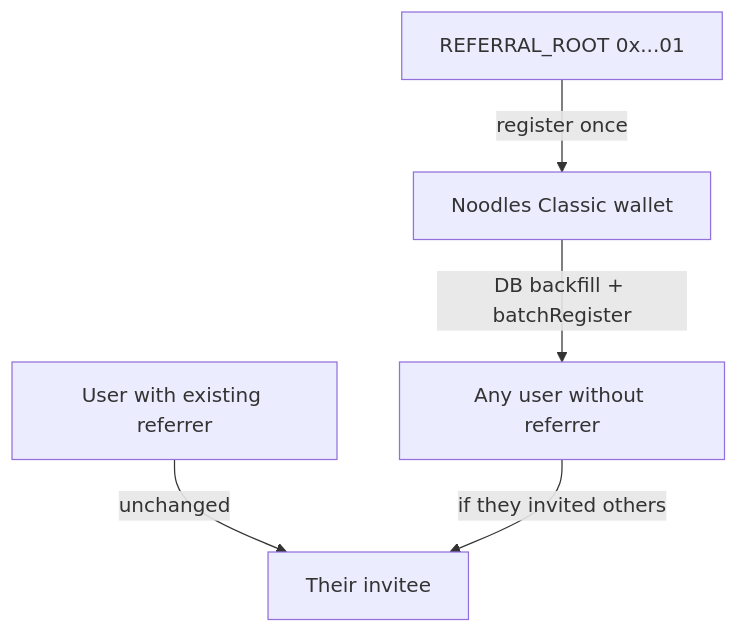
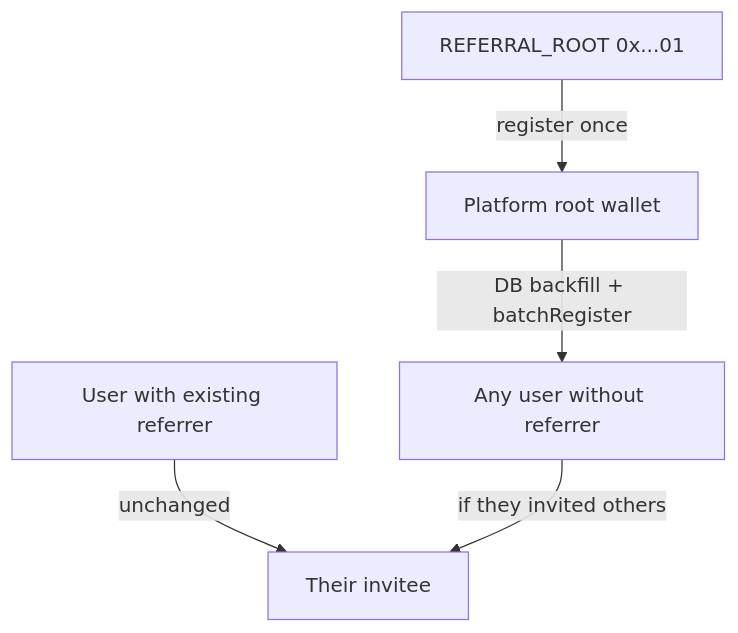
Before and after one commit to MagRelo/cut: the diagram in REFERRAL_GRAPH_ROLLOUT.md, drawn with Mermaid. The commit also changed other lines of this file and 1 other file, not shown here.

````diff
--- a/REFERRAL_GRAPH_ROLLOUT.md
+++ b/REFERRAL_GRAPH_ROLLOUT.md
@@ -9,13 +11,13 @@
 ```mermaid
 flowchart TB
   RootOnChain["REFERRAL_ROOT 0x...01"]
-  Noodles["Noodles Classic wallet"]
+  PlatformRoot["Platform root wallet"]
   OrphanUser["Any user without referrer"]
   ExistingParent["User with existing referrer"]
   Invitee["Their invitee"]
 
-  RootOnChain -->|"register once"| Noodles
-  Noodles -->|"DB backfill + batchRegister"| OrphanUser
+  RootOnChain -->|"register once"| PlatformRoot
+  PlatformRoot -->|"DB backfill + batchRegister"| OrphanUser
   ExistingParent -->|"unchanged"| Invitee
   OrphanUser -->|"if they invited others"| Invitee
 ```
````
